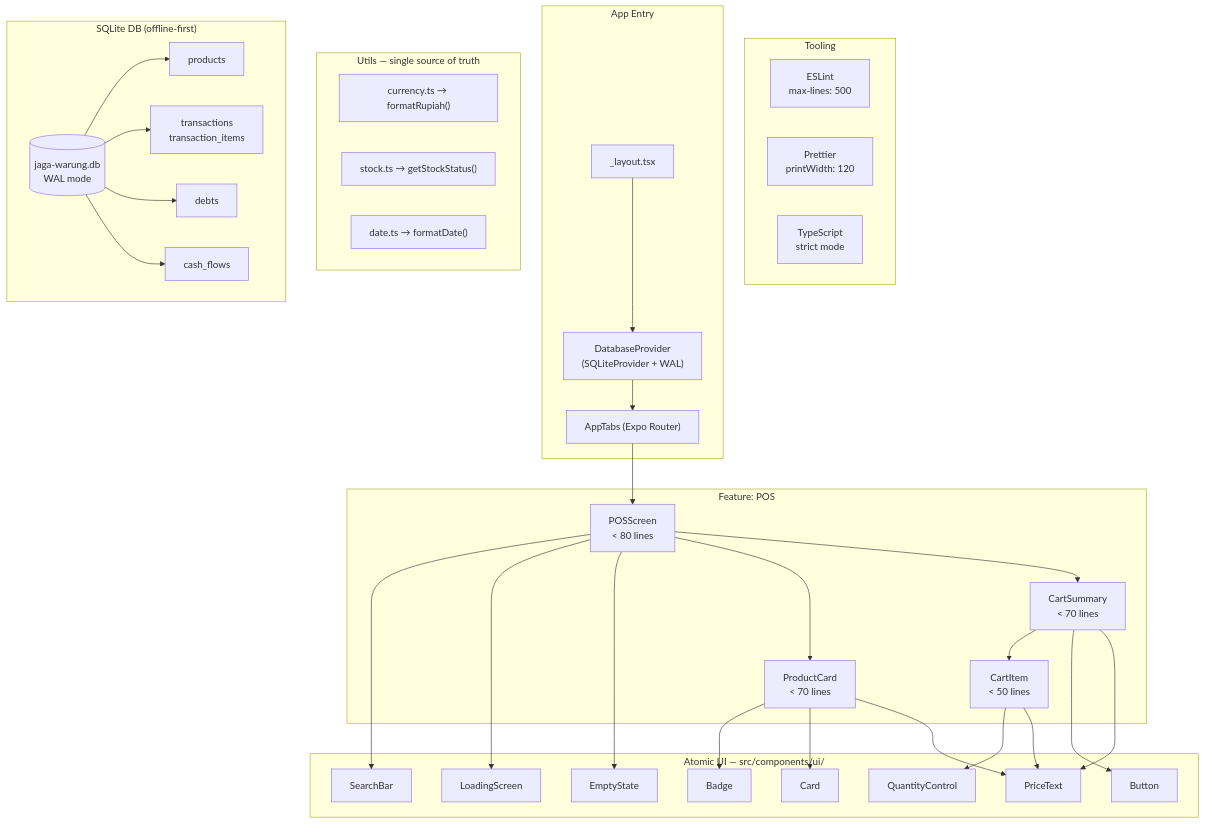
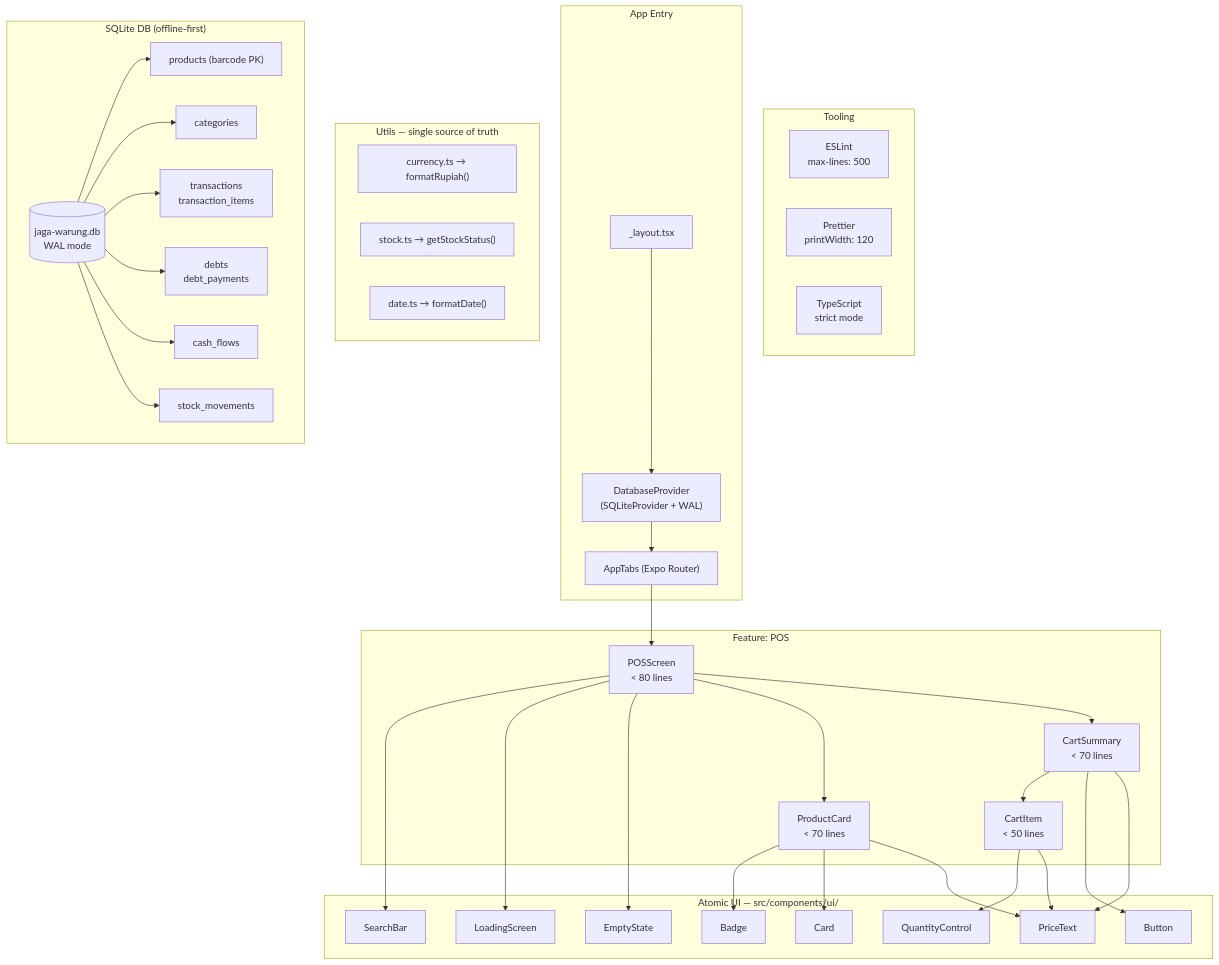
The diagram in jaga-warung-pos-plan.md (darmawandoni6/jaga-warung), drawn with Mermaid before and after one commit. The commit also changed other lines of this file and 3 other files, not shown here.

Commit message:
docs: sync plans and readme with barcode PK schema and new features

````diff
--- a/jaga-warung-pos-plan.md
+++ b/jaga-warung-pos-plan.md
@@ -305,55 +331,57 @@
 ```mermaid
 flowchart TD
     subgraph "Tooling"
         T1["ESLint\nmax-lines: 500"]
         T2["Prettier\nprintWidth: 120"]
         T3["TypeScript\nstrict mode"]
     end
 
     subgraph "App Entry"
         A["_layout.tsx"] --> B["DatabaseProvider\n(SQLiteProvider + WAL)"]
         B --> C["AppTabs (Expo Router)"]
     end
 
     subgraph "Atomic UI — src/components/ui/"
         U1["Button"]
         U2["Badge"]
         U3["Card"]
         U4["EmptyState"]
         U5["SearchBar"]
         U6["QuantityControl"]
         U7["PriceText"]
         U8["LoadingScreen"]
     end
 
     subgraph "Feature: POS"
         C --> D["POSScreen\n< 80 lines"]
         D --> U5
         D --> U8
         D --> U4
         D --> E["ProductCard\n< 70 lines"]
         D --> F["CartSummary\n< 70 lines"]
         E --> U2
         E --> U3
         E --> U7
         F --> G["CartItem\n< 50 lines"]
         G --> U6
         G --> U7
         F --> U1
         F --> U7
     end
 
     subgraph "Utils — single source of truth"
         R1["currency.ts → formatRupiah()"]
         R2["stock.ts → getStockStatus()"]
         R3["date.ts → formatDate()"]
     end
 
     subgraph "SQLite DB (offline-first)"
         I[("jaga-warung.db\nWAL mode")]
-        I --> J["products"]
-        I --> K["transactions\ntransaction_items"]
-        I --> L["debts"]
-        I --> M["cash_flows"]
+        I --> J["products (barcode PK)"]
+        I --> K["categories"]
+        I --> L["transactions\ntransaction_items"]
+        I --> M["debts\ndebt_payments"]
+        I --> N["cash_flows"]
+        I --> O["stock_movements"]
     end
 ```
````
